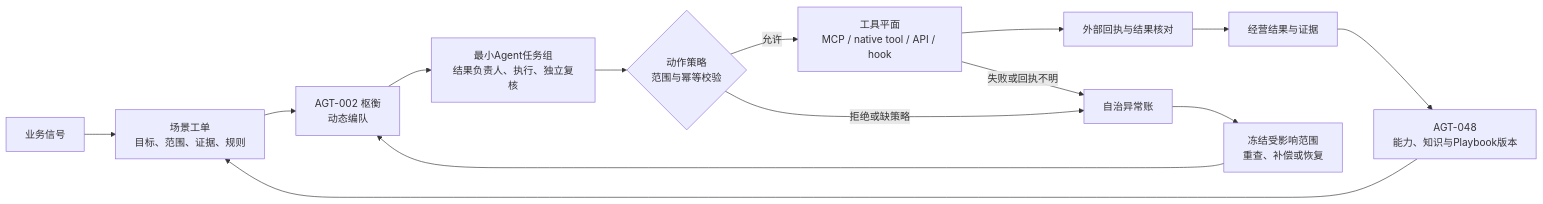
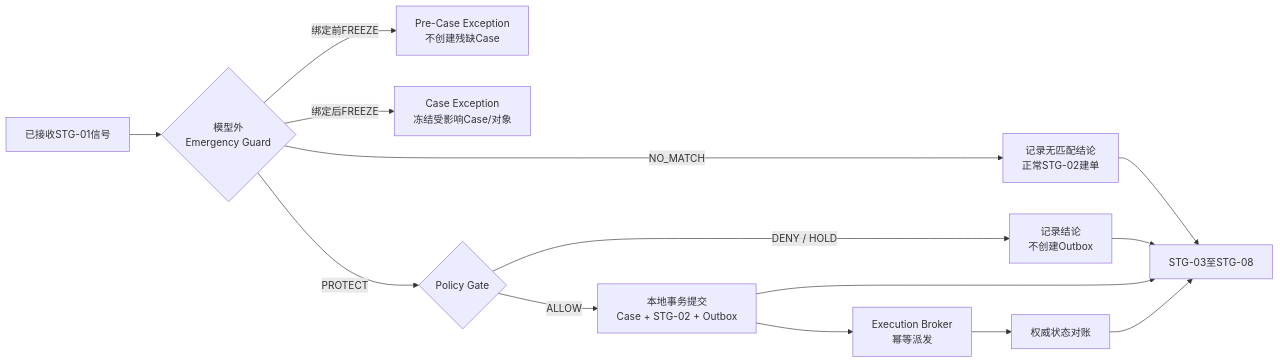
One commit to zjgulai/AI-Native-Organization changed the second of 2 diagrams in docs/07-orchestration/AUTONOMOUS-OPERATING-MODEL.md. Above: the diagram before and after it, drawn with Mermaid. The commit also changed other lines of this file and 73 other files, not shown here.

````diff
--- a/docs/07-orchestration/AUTONOMOUS-OPERATING-MODEL.md
+++ b/docs/07-orchestration/AUTONOMOUS-OPERATING-MODEL.md
@@ -17,16 +55,16 @@
-~~~mermaid
+```mermaid
 flowchart LR
-  S[业务信号] --> W[场景工单<br/>目标、范围、证据、规则]
-  W --> O[AGT-002 枢衡<br/>动态编队]
-  O --> C[最小Agent任务组<br/>结果负责人、执行、独立复核]
-  C --> P{动作策略<br/>范围与幂等校验}
-  P -->|允许| T[工具平面<br/>MCP / native tool / API / hook]
-  T --> R[外部回执与结果核对]
-  R --> E[经营结果与证据]
-  E --> K[AGT-048<br/>能力、知识与Playbook版本]
-  K --> W
-  P -->|拒绝或缺策略| A[自治异常账]
-  T -->|失败或回执不明| A
-  A --> F[冻结受影响范围<br/>重查、补偿或恢复]
-  F --> O
-~~~
+  S[已接收STG-01信号] --> G{模型外<br/>Emergency Guard}
+  G -->|NO_MATCH| N[记录无匹配结论<br/>正常STG-02建单]
+  G -->|绑定前FREEZE| F0[Pre-Case Exception<br/>不创建残缺Case]
+  G -->|绑定后FREEZE| F1[Case Exception<br/>冻结受影响Case/对象]
+  G -->|PROTECT| P{Policy Gate}
+  P -->|DENY / HOLD| C[记录结论<br/>不创建Outbox]
+  P -->|ALLOW| O[本地事务提交<br/>Case + STG-02 + Outbox]
+  O --> B[Execution Broker<br/>幂等派发]
+  B --> R[权威状态对账]
+  N --> T[STG-03至STG-08]
+  C --> T
+  O --> T
+  R --> T
+```
````
